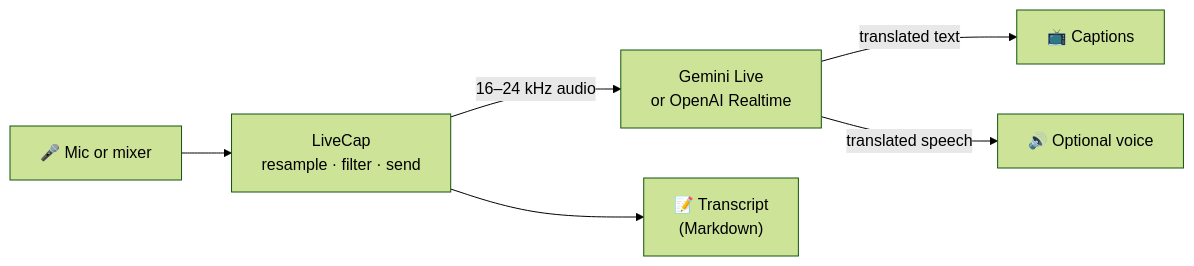
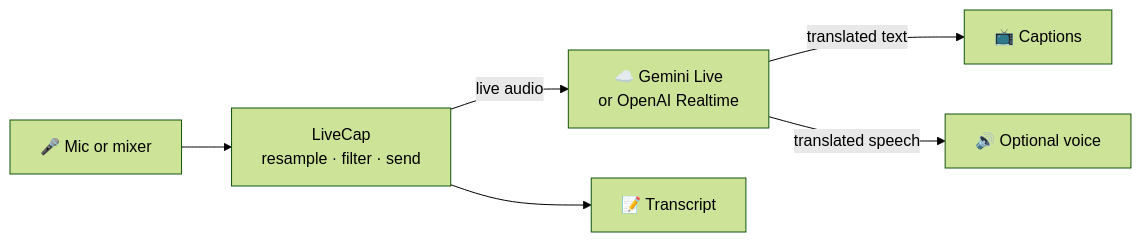
One commit to dennis2lee/live-translation changed the diagram in README.md. Above: the diagram before and after it, drawn with Mermaid (forest theme). The commit also changed other lines of this file and 4 other files, not shown here.

````diff
--- a/README.md
+++ b/README.md
@@ -37,8 +81,8 @@
 ```mermaid
 flowchart LR
     A["🎤 Mic or mixer"] --> B["LiveCap<br/>resample · filter · send"]
-    B -- "16–24 kHz audio" --> C["Gemini Live<br/>or OpenAI Realtime"]
+    B -- "live audio" --> C["☁️ Gemini Live<br/>or OpenAI Realtime"]
     C -- "translated text" --> D["📺 Captions"]
     C -- "translated speech" --> E["🔊 Optional voice"]
-    B --> F["📝 Transcript<br/>(Markdown)"]
+    B --> F["📝 Transcript"]
 ```
````
